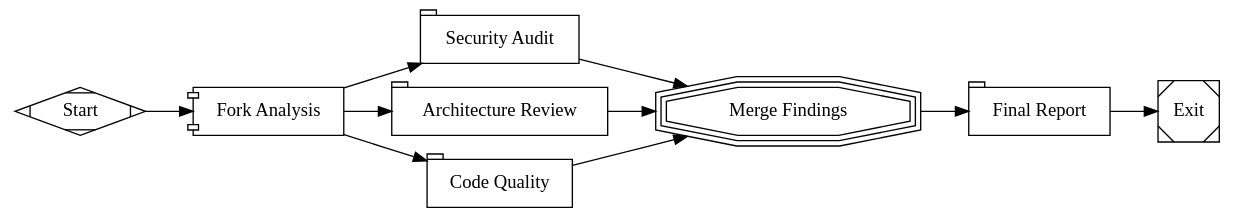
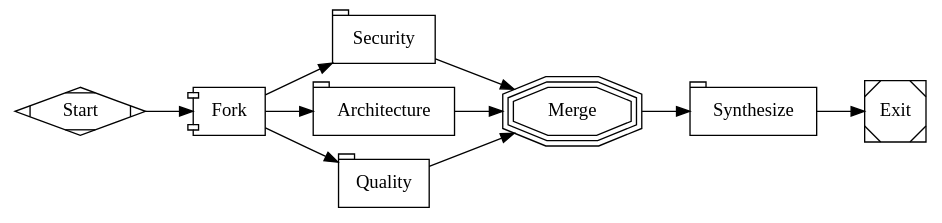
Before and after one commit to happybigmtn/raspberry: the fifth of 6 diagrams in skills/fabro-create-workflow/references/example-workflows.md, drawn with Graphviz. The commit also changed other lines of this file and 75 other files, not shown here.

````diff
--- a/skills/fabro-create-workflow/references/example-workflows.md
+++ b/skills/fabro-create-workflow/references/example-workflows.md
@@ -117,27 +94,25 @@
 ```dot
-digraph Parallel {
-    graph [goal="Perform a multi-perspective code review"]
+digraph ParallelReview {
+    graph [goal="Run a multi-perspective review"]
     rankdir=LR
 
     start [shape=Mdiamond, label="Start"]
     exit  [shape=Msquare, label="Exit"]
 
-    fork [label="Fork Analysis", shape=component, join_policy="wait_all", error_policy="continue"]
-
-    security     [label="Security Audit", prompt="Examine the codebase for security concerns: hardcoded secrets, injection risks, unsafe dependencies. List findings as bullet points.", shape=tab, reasoning_effort="low"]
-    architecture [label="Architecture Review", prompt="Assess the codebase architecture: separation of concerns, dependency structure, modularity. List findings as bullet points.", shape=tab, reasoning_effort="low"]
-    quality      [label="Code Quality", prompt="Check code quality: naming conventions, dead code, test coverage gaps, error handling. List findings as bullet points.", shape=tab, reasoning_effort="low"]
-
-    merge  [label="Merge Findings", shape=tripleoctagon]
-    report [label="Final Report", prompt="Synthesize the security, architecture, and code quality findings into a prioritized summary report with top 5 action items.", shape=tab]
+    fork         [shape=component, label="Fork", join_policy="wait_all"]
+    security     [shape=tab, label="Security", prompt="Review for security issues."]
+    architecture [shape=tab, label="Architecture", prompt="Review the architecture."]
+    quality      [shape=tab, label="Quality", prompt="Review code quality."]
+    merge        [shape=tripleoctagon, label="Merge"]
+    synthesize   [shape=tab, label="Synthesize", prompt="Combine the findings."]
 
     start -> fork
     fork -> security
     fork -> architecture
     fork -> quality
     security -> merge
     architecture -> merge
     quality -> merge
-    merge -> report -> exit
+    merge -> synthesize -> exit
 }
 ```
````
